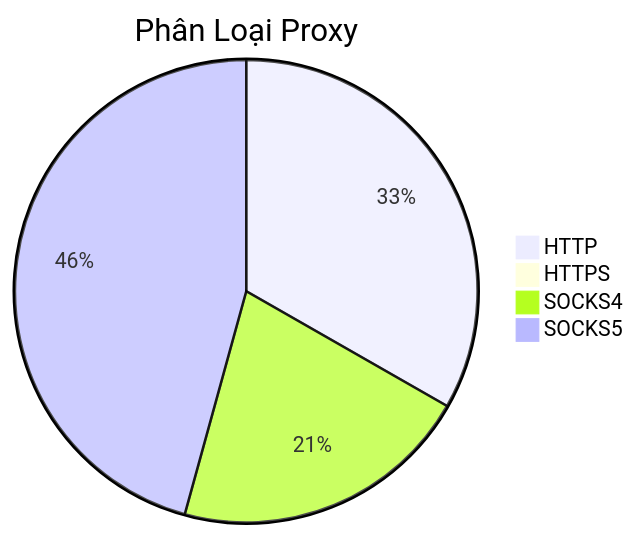
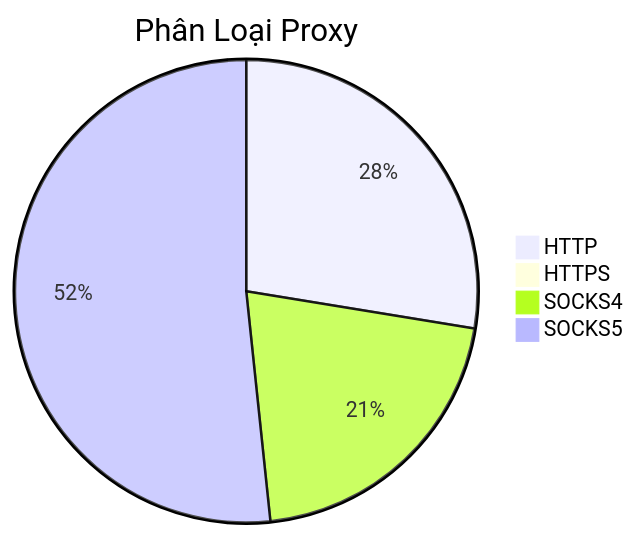
One commit to Ciara-Aa/PROXY-free changed the diagram in README.md. Above: the diagram before and after it, drawn with Mermaid. The commit also changed other lines of this file and 4 other files, not shown here.

````diff
--- a/README.md
+++ b/README.md
@@ -26,7 +26,7 @@
 ```mermaid
 pie title Phân Loại Proxy
-    "HTTP" : 470
-    "HTTPS" : 2
-    "SOCKS4" : 297
-    "SOCKS5" : 646
+    "HTTP" : 364
+    "HTTPS" : 1
+    "SOCKS4" : 274
+    "SOCKS5" : 682
 ```
````
